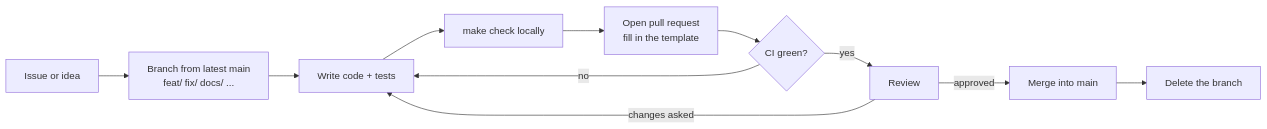
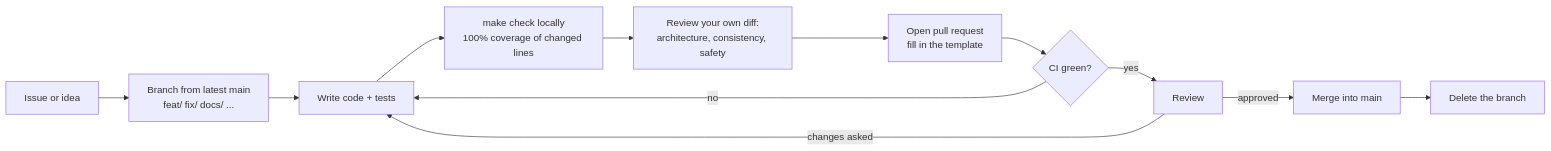
Before and after one commit to samarthsinh2660/safeshell: the third of 4 diagrams in CONTRIBUTING.md, drawn with Mermaid. The commit also changed other lines of this file and 4 other files, not shown here.

Commit message:
ci: one check per part, 100% patch coverage, review before every PR

````diff
--- a/CONTRIBUTING.md
+++ b/CONTRIBUTING.md
@@ -137,13 +137,14 @@
 ```mermaid
 flowchart LR
     I[Issue or idea] --> B[Branch from latest main<br/>feat/ fix/ docs/ ...]
     B --> W[Write code + tests]
-    W --> L[make check locally]
-    L --> PR[Open pull request<br/>fill in the template]
+    W --> L[make check locally<br/>100% coverage of changed lines]
+    L --> SR[Review your own diff:<br/>architecture, consistency, safety]
+    SR --> PR[Open pull request<br/>fill in the template]
     PR --> CI{CI green?}
     CI -->|no| W
     CI -->|yes| RV[Review]
     RV -->|changes asked| W
     RV -->|approved| M[Merge into main]
     M --> N[Delete the branch]
 ```
````
